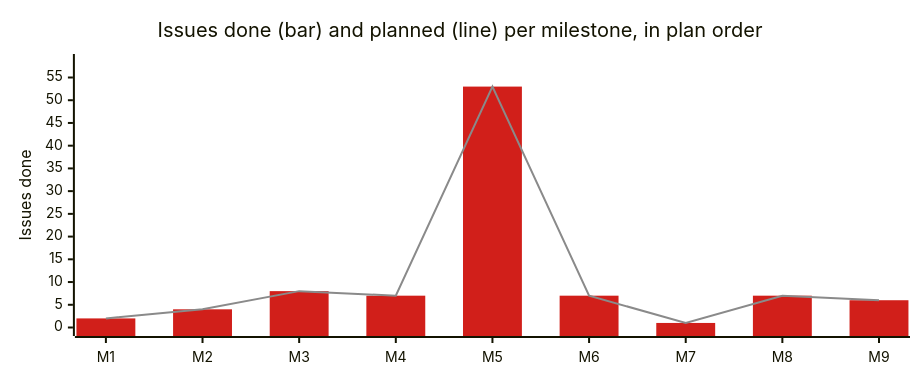
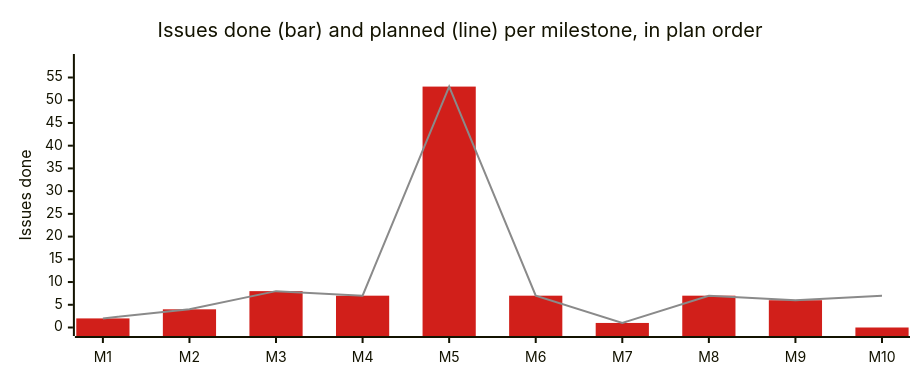
Diagram 11 of 11 in README.md (korczis/OpenTTD), drawn with Mermaid before and after one commit. The commit also changed other lines of this file and 11 other files, not shown here.

````diff
--- a/README.md
+++ b/README.md
@@ -1553,19 +1554,19 @@
 ```mermaid
 ---
 config:
   xyChart:
     width: 900
     height: 360
   themeVariables:
     xyChart:
       plotColorPalette: "#d11f1a, #8a8a8a, #0b0b0b, #ece4d6"
 ---
 xychart-beta
     title "Issues done (bar) and planned (line) per milestone, in plan order"
-    x-axis ["M1", "M2", "M3", "M4", "M5", "M6", "M7", "M8", "M9"]
+    x-axis ["M1", "M2", "M3", "M4", "M5", "M6", "M7", "M8", "M9", "M10"]
     %% series: Issues done | Issues planned
-    %% links: .ai/repo/project/milestones/the-fork-is-a-governed-research-target.yaml | .ai/repo/project/milestones/a-change-is-validated-in-cost-tiers.yaml | .ai/repo/project/milestones/internals-are-observable-with-recorded-provenance.yaml | .ai/repo/project/milestones/prismatic-steers-a-company-through-the-bridge.yaml | .ai/repo/project/milestones/an-agent-reaches-the-game-over-mcp.yaml | .ai/repo/project/milestones/the-fork-is-published-supervised-and-current.yaml | .ai/repo/project/milestones/the-game-wears-the-owners-noir-style.yaml | .ai/repo/project/milestones/planning-is-generated-from-recorded-history.yaml | .ai/repo/project/milestones/rhai-is-a-live-ide.yaml
+    %% links: .ai/repo/project/milestones/the-fork-is-a-governed-research-target.yaml | .ai/repo/project/milestones/a-change-is-validated-in-cost-tiers.yaml | .ai/repo/project/milestones/internals-are-observable-with-recorded-provenance.yaml | .ai/repo/project/milestones/prismatic-steers-a-company-through-the-bridge.yaml | .ai/repo/project/milestones/an-agent-reaches-the-game-over-mcp.yaml | .ai/repo/project/milestones/the-fork-is-published-supervised-and-current.yaml | .ai/repo/project/milestones/the-game-wears-the-owners-noir-style.yaml | .ai/repo/project/milestones/planning-is-generated-from-recorded-history.yaml | .ai/repo/project/milestones/rhai-is-a-live-ide.yaml | .ai/repo/project/milestones/records-and-status-tell-the-truth.yaml
     y-axis "Issues done" 0 --> 58.3
-    bar [2, 4, 8, 7, 53, 7, 1, 7, 6]
-    line [2, 4, 8, 7, 53, 7, 1, 7, 6]
+    bar [2, 4, 8, 7, 53, 7, 1, 7, 6, 0]
+    line [2, 4, 8, 7, 53, 7, 1, 7, 6, 7]
 ```
````
